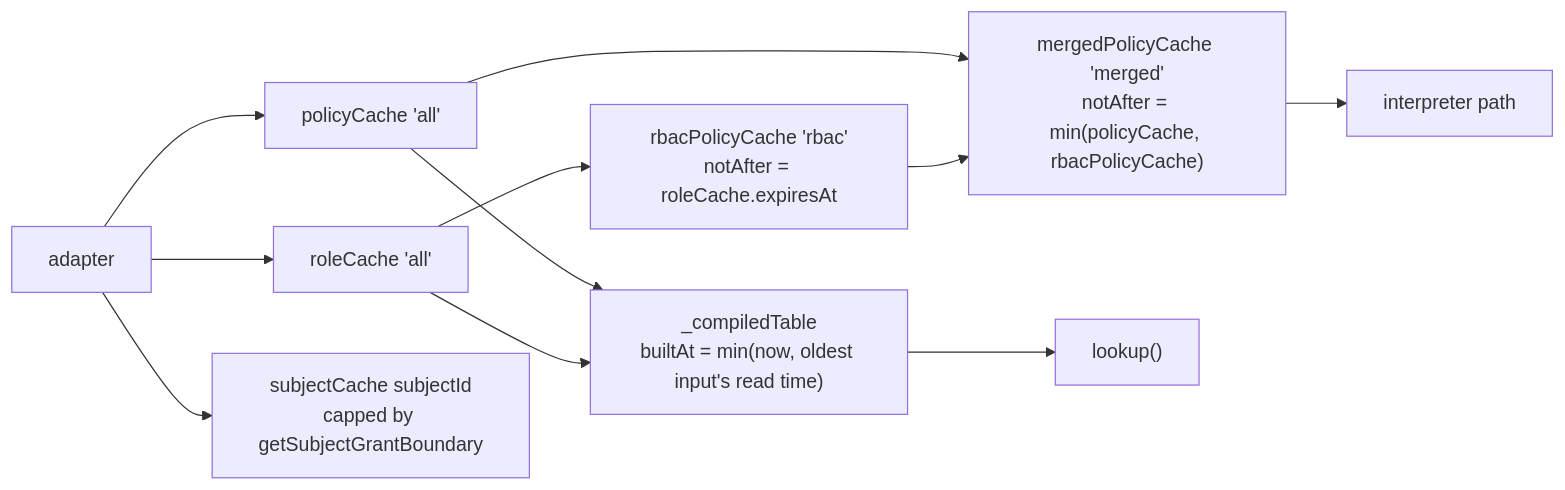
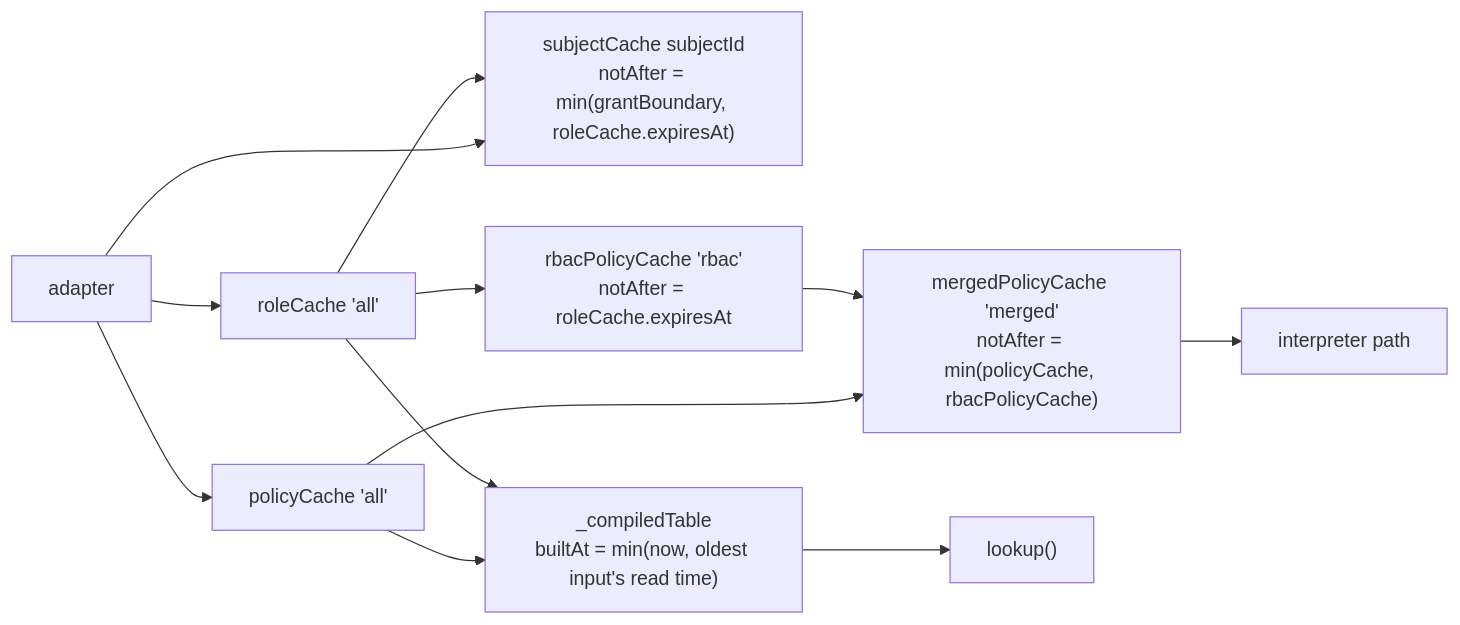
Before and after one commit to gentleeduck/duck-iam: the third of 3 diagrams in packages/duck-iam/docs/reference/core-engine.md, drawn with Mermaid. The commit also changed other lines of this file and 4 other files, not shown here.

````diff
--- a/packages/duck-iam/docs/reference/core-engine.md
+++ b/packages/duck-iam/docs/reference/core-engine.md
@@ -579,13 +579,14 @@
 ```mermaid
 flowchart LR
     ADAPTER["adapter"] --> PC["policyCache 'all'"]
     ADAPTER --> RC["roleCache 'all'"]
-    ADAPTER --> SC["subjectCache subjectId<br/>capped by getSubjectGrantBoundary"]
+    ADAPTER --> SC["subjectCache subjectId<br/>notAfter = min(grantBoundary, roleCache.expiresAt)"]
+    RC --> SC
     RC --> RBAC["rbacPolicyCache 'rbac'<br/>notAfter = roleCache.expiresAt"]
     PC --> MERGED["mergedPolicyCache 'merged'<br/>notAfter = min(policyCache, rbacPolicyCache)"]
     RBAC --> MERGED
     PC --> TABLE["_compiledTable<br/>builtAt = min(now, oldest input's read time)"]
     RC --> TABLE
     MERGED --> INTERP["interpreter path"]
     TABLE --> LOOKUP["lookup()"]
 ```
````
